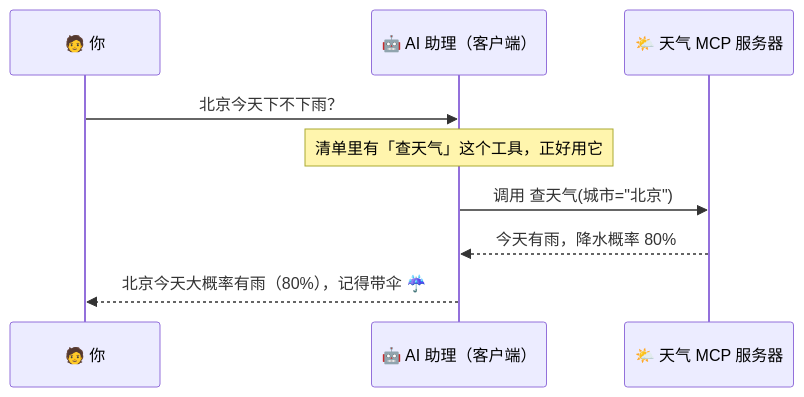
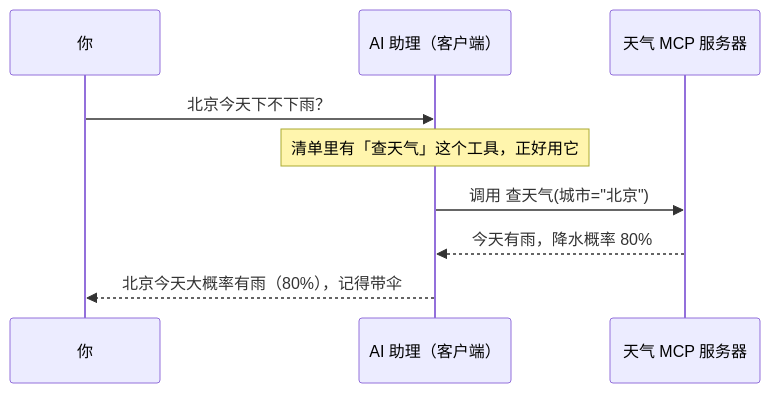
The fifth of 6 diagrams in docs/02_CONCEPTS_概念入门/CONCEPT/[CONCEPT-04] 什么是MCP-模型上下文协议.md (luckykhy/KhyAiHub), drawn with Mermaid before and after one commit. The commit also changed other lines of this file and 19 other files, not shown here.

````diff
--- a/docs/02_CONCEPTS_概念入门/CONCEPT/[CONCEPT-04] 什么是MCP-模型上下文协议.md
+++ b/docs/02_CONCEPTS_概念入门/CONCEPT/[CONCEPT-04] 什么是MCP-模型上下文协议.md
@@ -180,11 +180,11 @@
 ```mermaid
 sequenceDiagram
-  participant You as 🧑 你
-  participant AI as 🤖 AI 助理（客户端）
-  participant W as 🌤️ 天气 MCP 服务器
+  participant You as 你
+  participant AI as AI 助理（客户端）
+  participant W as 天气 MCP 服务器
   You->>AI: 北京今天下不下雨？
   Note over AI: 清单里有「查天气」这个工具，正好用它
   AI->>W: 调用 查天气(城市="北京")
   W-->>AI: 今天有雨，降水概率 80%
-  AI-->>You: 北京今天大概率有雨（80%），记得带伞 ☔
+  AI-->>You: 北京今天大概率有雨（80%），记得带伞
 ```
````
